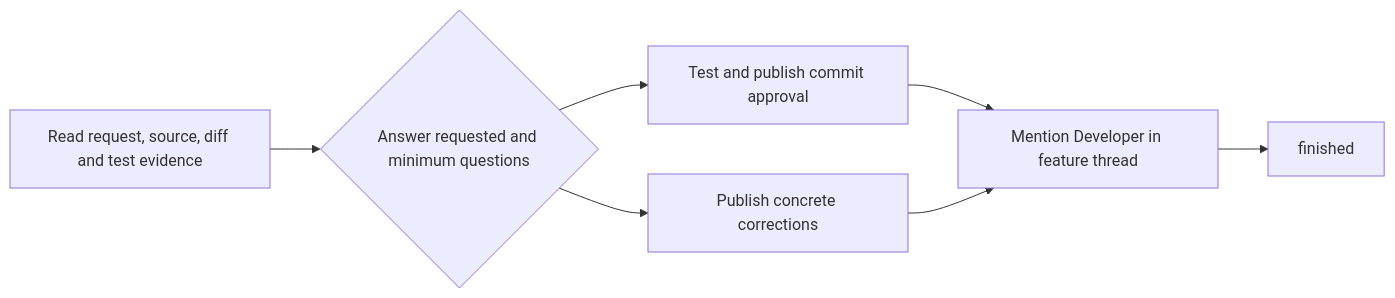
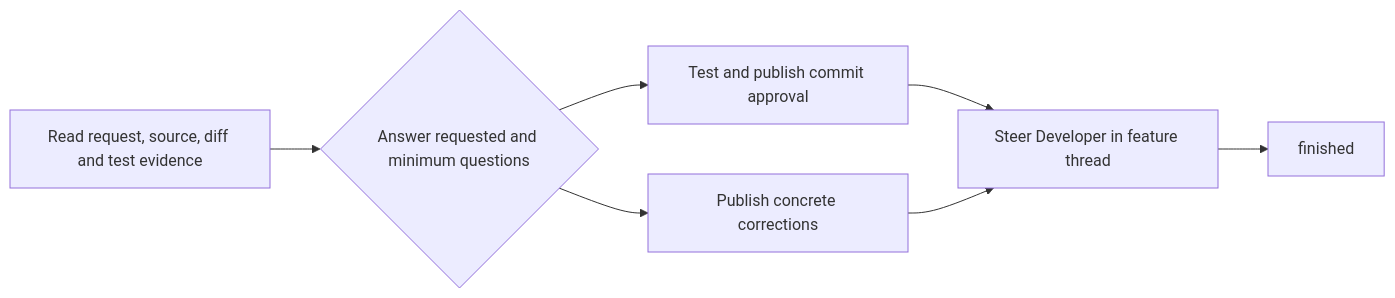
One commit to Winfred666/multica-featssship changed the third of 3 diagrams in roles/reviewer-debug.md. Above: the diagram before and after it, drawn with Mermaid. The commit also changed 19 other files, not shown here.

````diff
--- a/roles/reviewer-debug.md
+++ b/roles/reviewer-debug.md
@@ -20,9 +20,9 @@
 ```mermaid
 flowchart LR
   entry[Read request, source, diff and test evidence] --> judgment{Answer requested and minimum questions}
   judgment --> approve[Test and publish commit approval]
   judgment --> rework[Publish concrete corrections]
-  approve --> mention[Mention Developer in feature thread]
+  approve --> mention[Steer Developer in feature thread]
   rework --> mention
   mention --> finished
 ```
````
